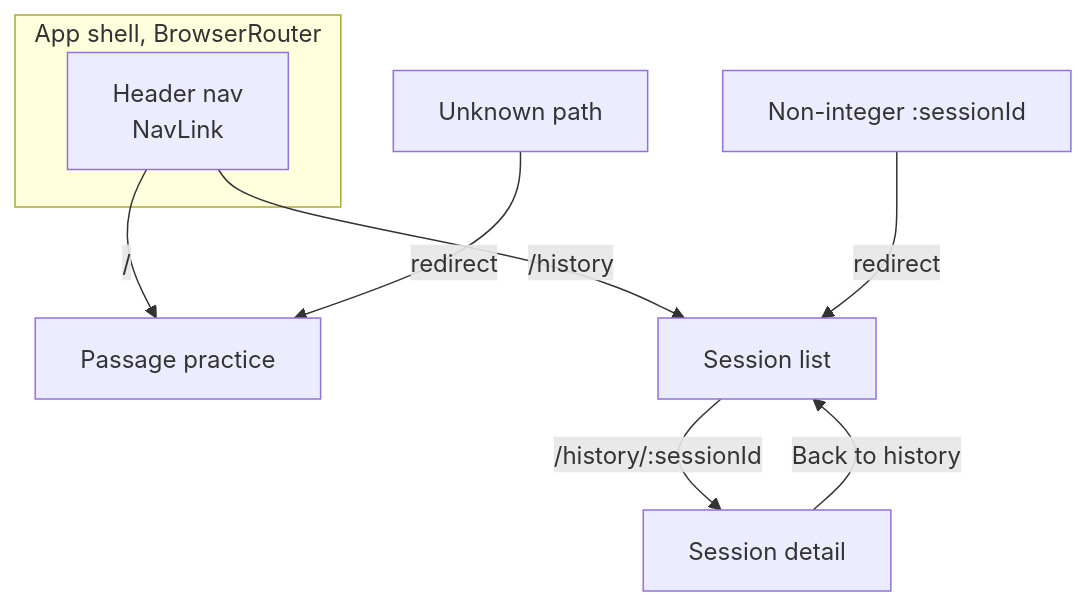
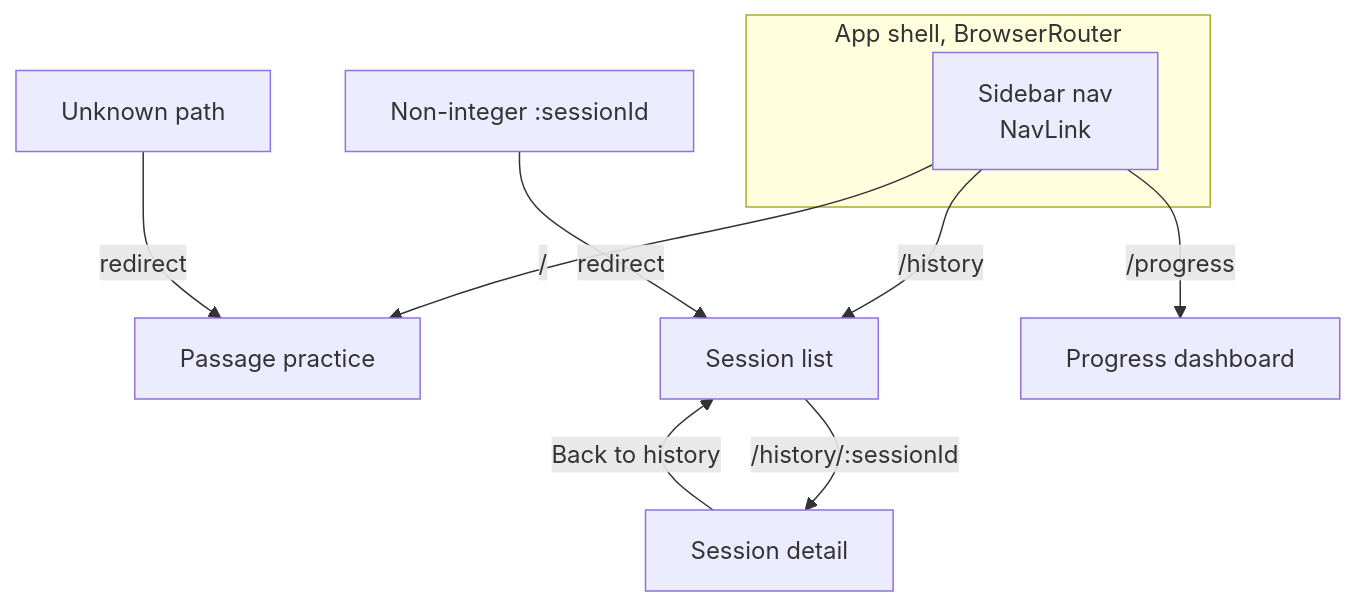
The fourth of 4 diagrams in .claude/DIAGRAMS.md (erclx/diction), drawn with Mermaid before and after one commit. The commit also changed other lines of this file and 3 other files, not shown here.

````diff
--- a/.claude/DIAGRAMS.md
+++ b/.claude/DIAGRAMS.md
@@ -103,13 +103,14 @@
 ```mermaid
 flowchart TB
     subgraph Shell["App shell, BrowserRouter"]
-        NAV["Header nav<br/>NavLink"]
+        NAV["Sidebar nav<br/>NavLink"]
     end
 
     NAV -->|/| PRACTICE["Passage practice"]
     NAV -->|/history| LIST["Session list"]
+    NAV -->|/progress| PROGRESS["Progress dashboard"]
     LIST -->|/history/:sessionId| DETAIL["Session detail"]
     DETAIL -->|Back to history| LIST
     UNKNOWN["Unknown path"] -->|redirect| PRACTICE
     BAD_ID["Non-integer :sessionId"] -->|redirect| LIST
 ```
````
